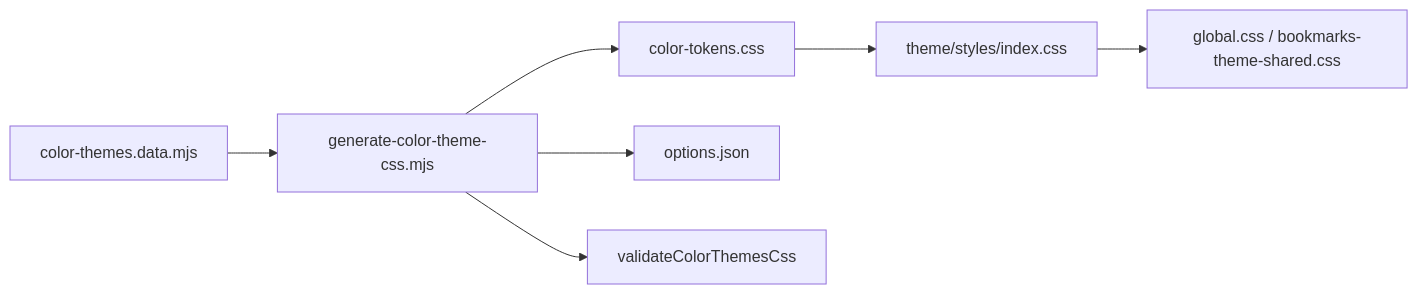
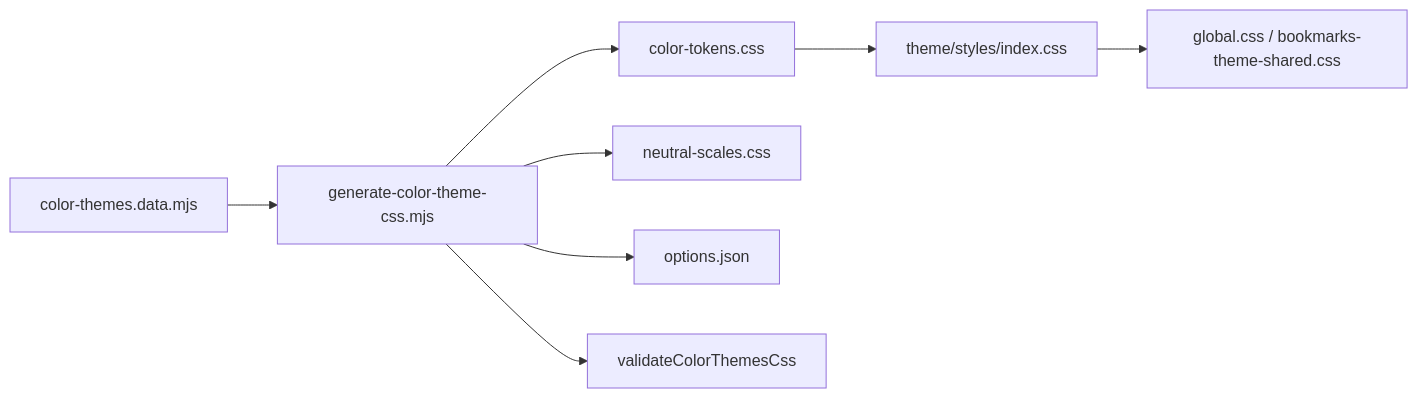
One commit to wwlight/wwlight.github.io changed the diagram in src/content/docs/blog/theme/02-token-generation.mdx. Above: the diagram before and after it, drawn with Mermaid. The commit also changed other lines of this file and 26 other files, not shown here.

Commit message:
refactor: 主题 Tailwind token、定制器与书签图标

````diff
--- a/src/content/docs/blog/theme/02-token-generation.mdx
+++ b/src/content/docs/blog/theme/02-token-generation.mdx
@@ -33,9 +34,10 @@
 ```mermaid
 flowchart LR
   Data["color-themes.data.mjs"] --> Gen["generate-color-theme-css.mjs"]
   Gen --> CSS["color-tokens.css"]
+  Gen --> Scales["neutral-scales.css"]
   Gen --> JSON["options.json"]
   Gen --> Validate["validateColorThemesCss"]
   CSS --> Import["theme/styles/index.css"]
   Import --> Global["global.css / bookmarks-theme-shared.css"]
 ```
````
